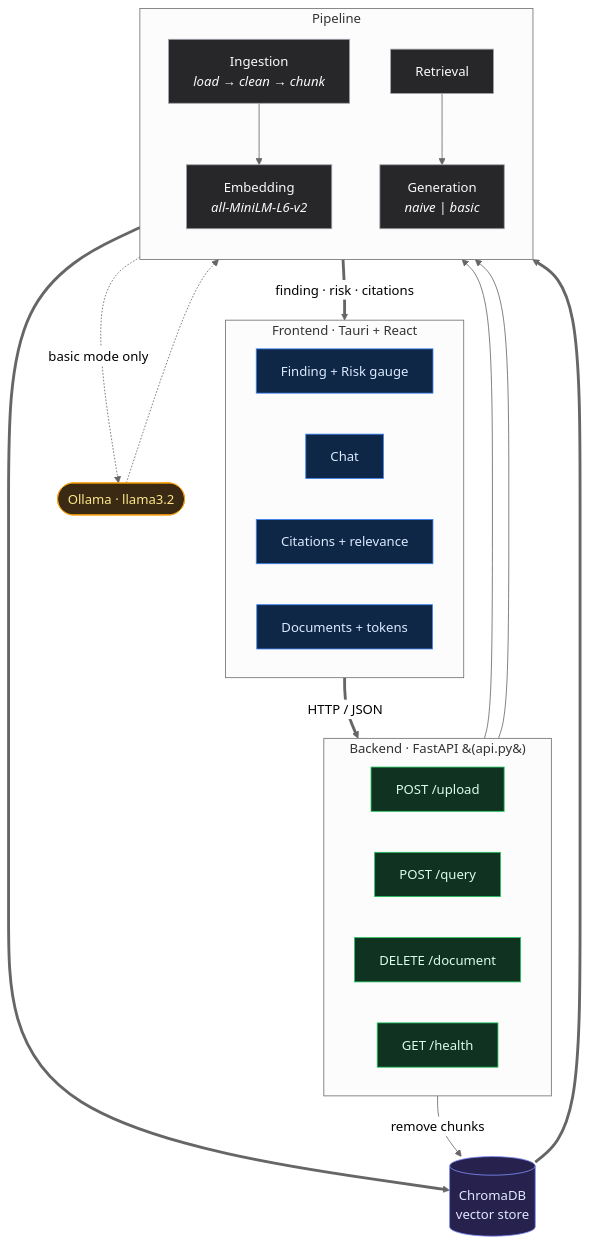
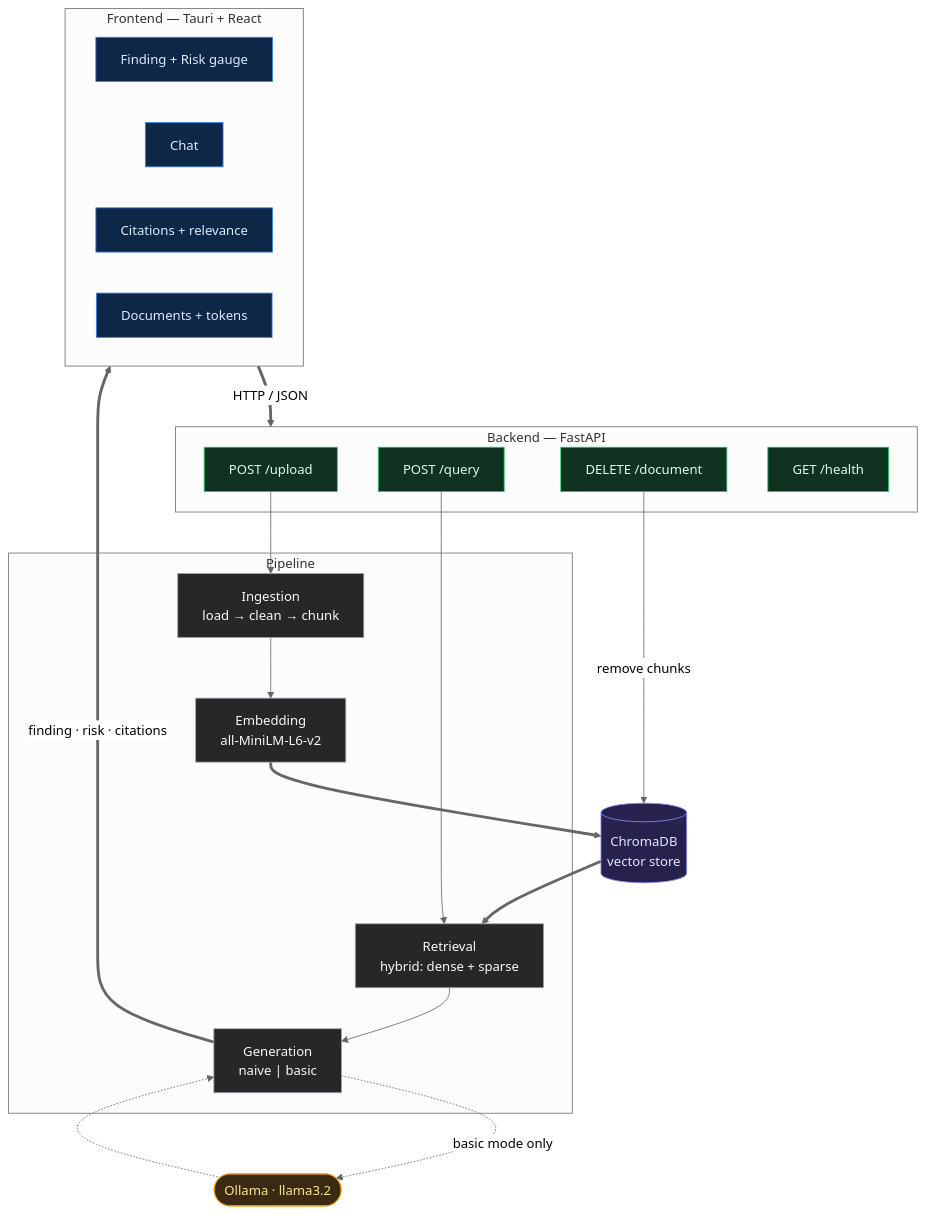
One commit to JayAlvn/Fraud-Detection-RAG-Pipeline changed the diagram in README.md. Above: the diagram before and after it, drawn with Mermaid (neutral theme).

````diff
--- a/README.md
+++ b/README.md
@@ -51,56 +51,53 @@
 ```mermaid
 flowchart TB
-    subgraph FE["Frontend · Tauri + React"]
-        direction LR
+    subgraph FE["Frontend — Tauri + React"]
         F1["Finding + Risk gauge"]
         F2["Chat"]
         F3["Citations + relevance"]
         F4["Documents + tokens"]
     end
 
-    subgraph BE["Backend · FastAPI &#40;api.py&#41;"]
-        direction LR
+    subgraph BE["Backend — FastAPI"]
         UP["POST /upload"]
         QY["POST /query"]
         DOC["DELETE /document"]
         HL["GET /health"]
     end
 
     subgraph PL["Pipeline"]
-        direction TB
-        ING["Ingestion<br/><i>load → clean → chunk</i>"]
-        EMB["Embedding<br/><i>all-MiniLM-L6-v2</i>"]
-        RET["Retrieval"]
-        GEN["Generation<br/><i>naive | basic</i>"]
+        ING["Ingestion<br/>load → clean → chunk"]
+        EMB["Embedding<br/>all-MiniLM-L6-v2"]
+        RET["Retrieval<br/>hybrid: dense + sparse"]
+        GEN["Generation<br/>naive | basic"]
     end
 
     DB[("ChromaDB<br/>vector store")]
     LLM(["Ollama · llama3.2"])
 
     FE ==>|"HTTP / JSON"| BE
 
     UP --> ING
     ING --> EMB
     EMB ==> DB
 
     QY --> RET
     DB ==> RET
     RET --> GEN
     GEN -.->|"basic mode only"| LLM
     LLM -.-> GEN
 
     DOC -->|"remove chunks"| DB
     GEN ==>|"finding · risk · citations"| FE
 
-    classDef fe fill:#0f2747,stroke:#3b82f6,stroke-width:1px,color:#dbeafe;
-    classDef be fill:#0f3320,stroke:#22c55e,stroke-width:1px,color:#dcfce7;
-    classDef pl fill:#27272a,stroke:#a1a1aa,stroke-width:1px,color:#fafafa;
-    classDef store fill:#27214d,stroke:#818cf8,stroke-width:1px,color:#e0e7ff;
-    classDef model fill:#3a2a14,stroke:#f59e0b,stroke-width:1px,color:#fde68a;
+    classDef fe fill:#0f2747,stroke:#3b82f6,color:#dbeafe;
+    classDef be fill:#0f3320,stroke:#22c55e,color:#dcfce7;
+    classDef pl fill:#27272a,stroke:#a1a1aa,color:#fafafa;
+    classDef store fill:#27214d,stroke:#818cf8,color:#e0e7ff;
+    classDef model fill:#3a2a14,stroke:#f59e0b,color:#fde68a;
 
     class F1,F2,F3,F4 fe;
     class UP,QY,DOC,HL be;
     class ING,EMB,RET,GEN pl;
     class DB store;
     class LLM model;
 ```
````
